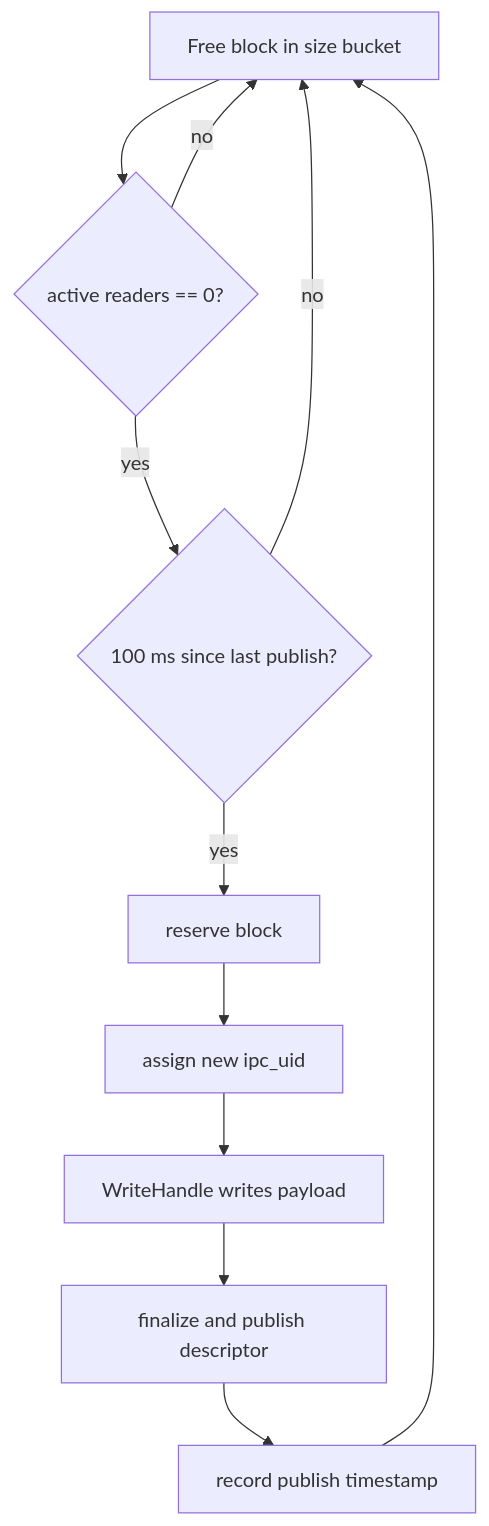
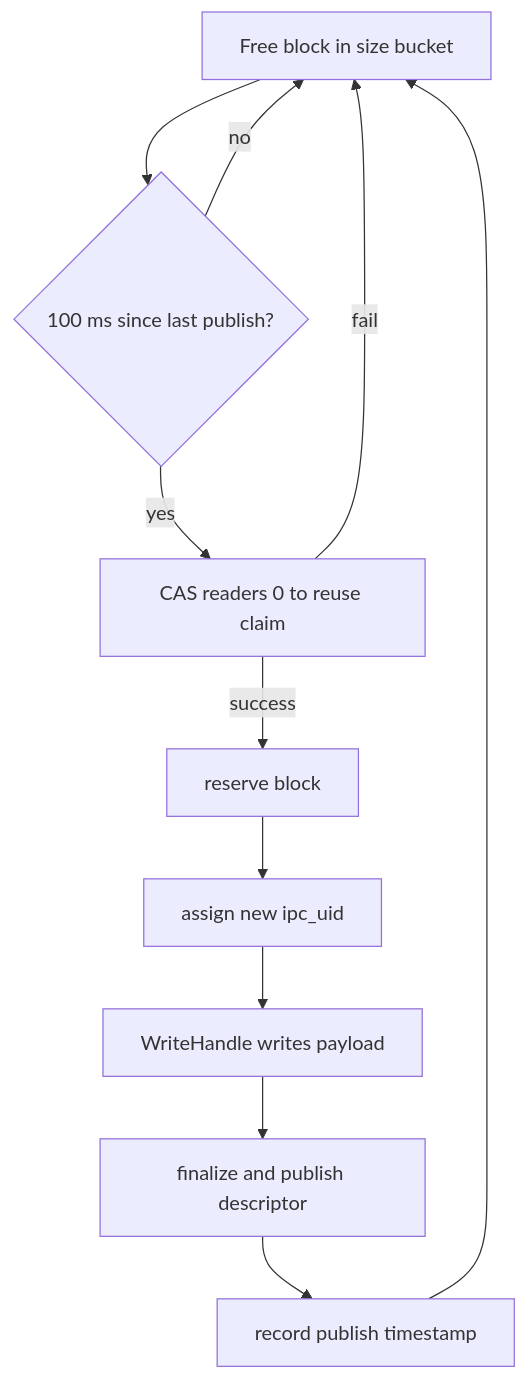
The fourth of 5 diagrams in docs/memfd_buffer_backend_design.md (dskkato/memfd_buffer_backend), drawn with Mermaid before and after one commit. The commit also changed other lines of this file and 15 other files, not shown here.

````diff
--- a/docs/memfd_buffer_backend_design.md
+++ b/docs/memfd_buffer_backend_design.md
@@ -233,13 +230,13 @@
 ```mermaid
 flowchart TD
-  A["Free block in size bucket"] --> B{"active readers == 0?"}
+  A["Free block in size bucket"] --> B{"100 ms since last publish?"}
   B -->|no| A
-  B -->|yes| C{"100 ms since last publish?"}
-  C -->|no| A
-  C -->|yes| D["reserve block"]
+  B -->|yes| C["CAS readers 0 to reuse claim"]
+  C -->|fail| A
+  C -->|success| D["reserve block"]
   D --> E["assign new ipc_uid"]
   E --> F["WriteHandle writes payload"]
   F --> G["finalize and publish descriptor"]
   G --> H["record publish timestamp"]
   H --> A
 ```
````
